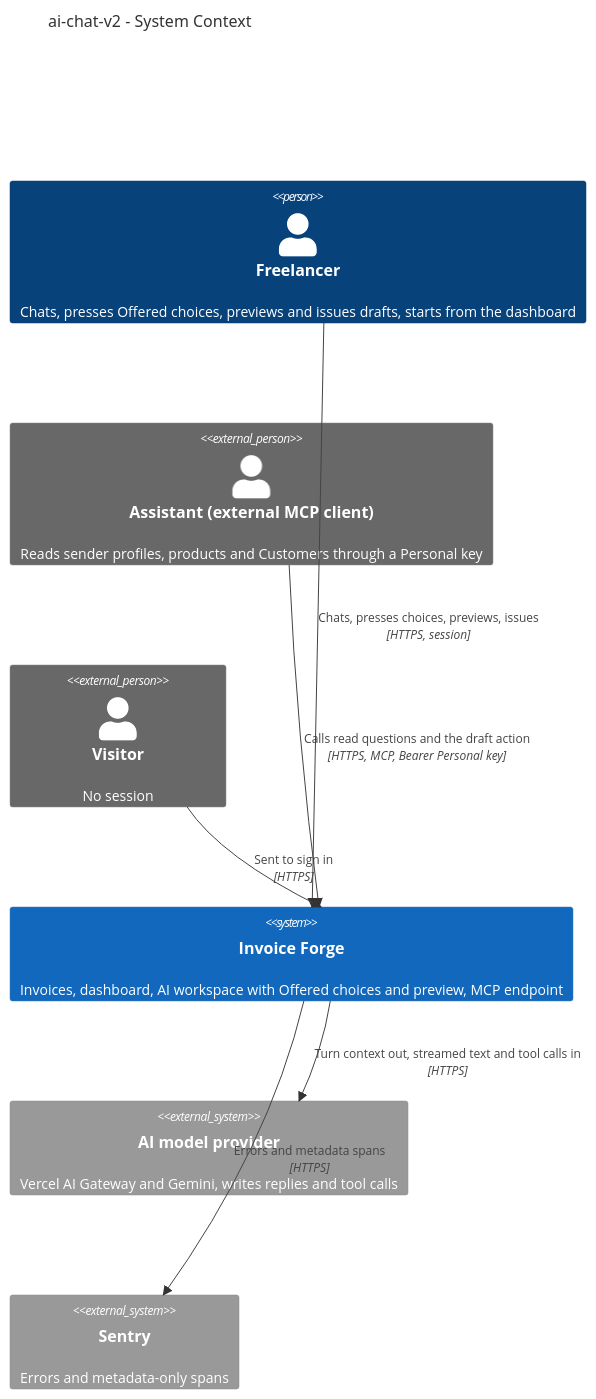
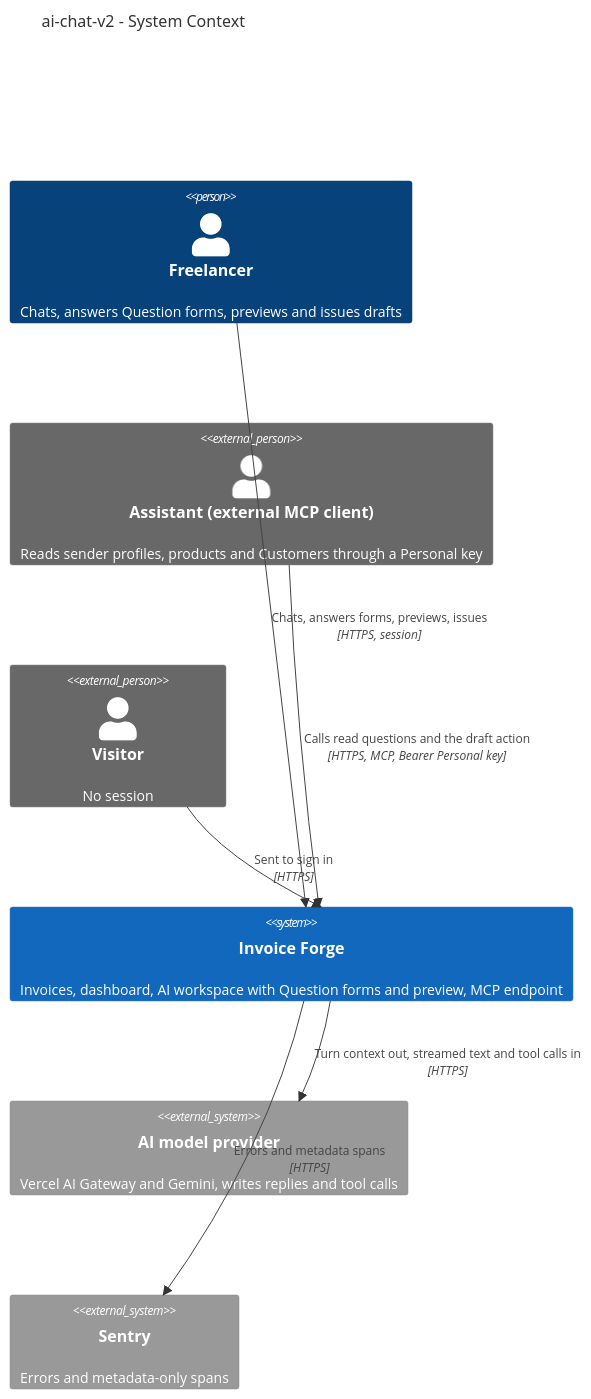
One commit to GopkoDev/invoiceForge changed the first of 13 diagrams in docs/features/ai-chat-v2/sad.md. Above: the diagram before and after it, drawn with Mermaid. The commit also changed other lines of this file and 14 other files, not shown here.

````diff
--- a/docs/features/ai-chat-v2/sad.md
+++ b/docs/features/ai-chat-v2/sad.md
@@ -87,18 +87,18 @@
 ```mermaid
 C4Context
     title ai-chat-v2 - System Context
 
-    Person(freelancer, "Freelancer", "Chats, presses Offered choices, previews and issues drafts, starts from the dashboard")
+    Person(freelancer, "Freelancer", "Chats, answers Question forms, previews and issues drafts")
     Person_Ext(assistant, "Assistant (external MCP client)", "Reads sender profiles, products and Customers through a Personal key")
     Person_Ext(visitor, "Visitor", "No session")
 
-    System(app, "Invoice Forge", "Invoices, dashboard, AI workspace with Offered choices and preview, MCP endpoint")
+    System(app, "Invoice Forge", "Invoices, dashboard, AI workspace with Question forms and preview, MCP endpoint")
     System_Ext(model, "AI model provider", "Vercel AI Gateway and Gemini, writes replies and tool calls")
     System_Ext(sentry, "Sentry", "Errors and metadata-only spans")
 
-    Rel(freelancer, app, "Chats, presses choices, previews, issues", "HTTPS, session")
+    Rel(freelancer, app, "Chats, answers forms, previews, issues", "HTTPS, session")
     Rel(assistant, app, "Calls read questions and the draft action", "HTTPS, MCP, Bearer Personal key")
     Rel(visitor, app, "Sent to sign in", "HTTPS")
     Rel(app, model, "Turn context out, streamed text and tool calls in", "HTTPS")
     Rel(app, sentry, "Errors and metadata spans", "HTTPS")
 ```
````
